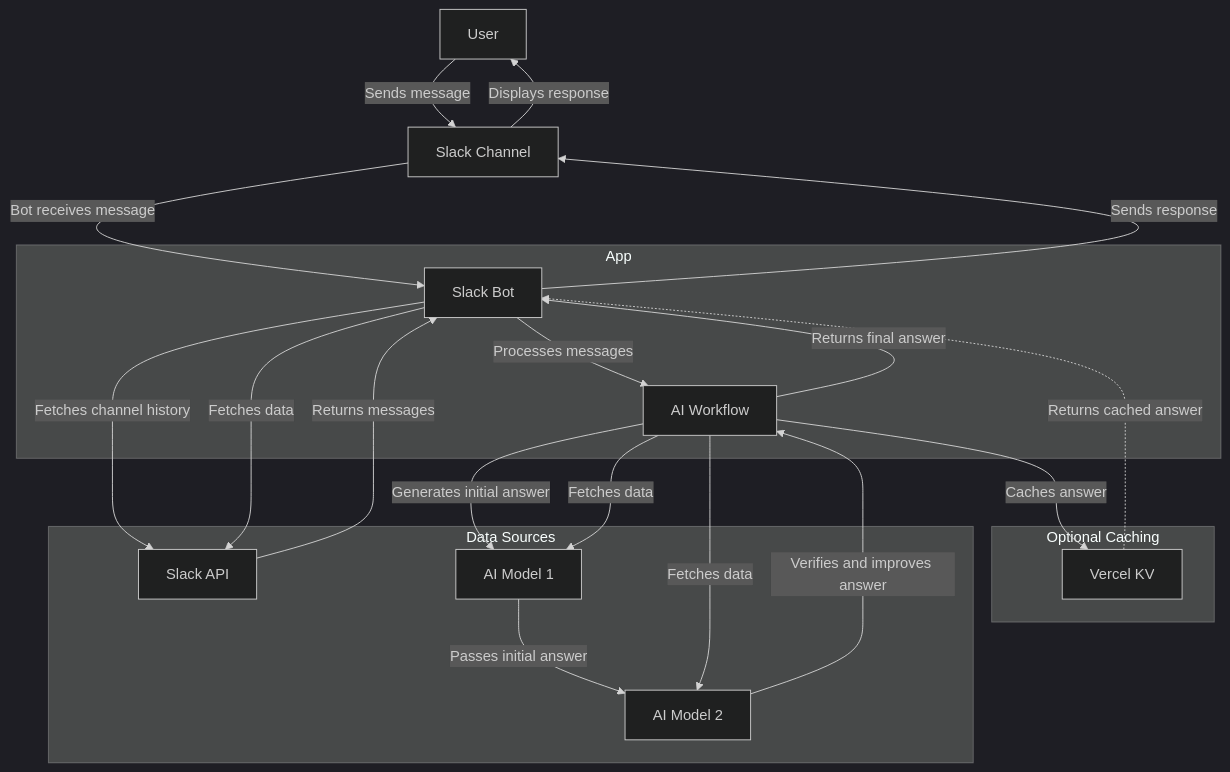
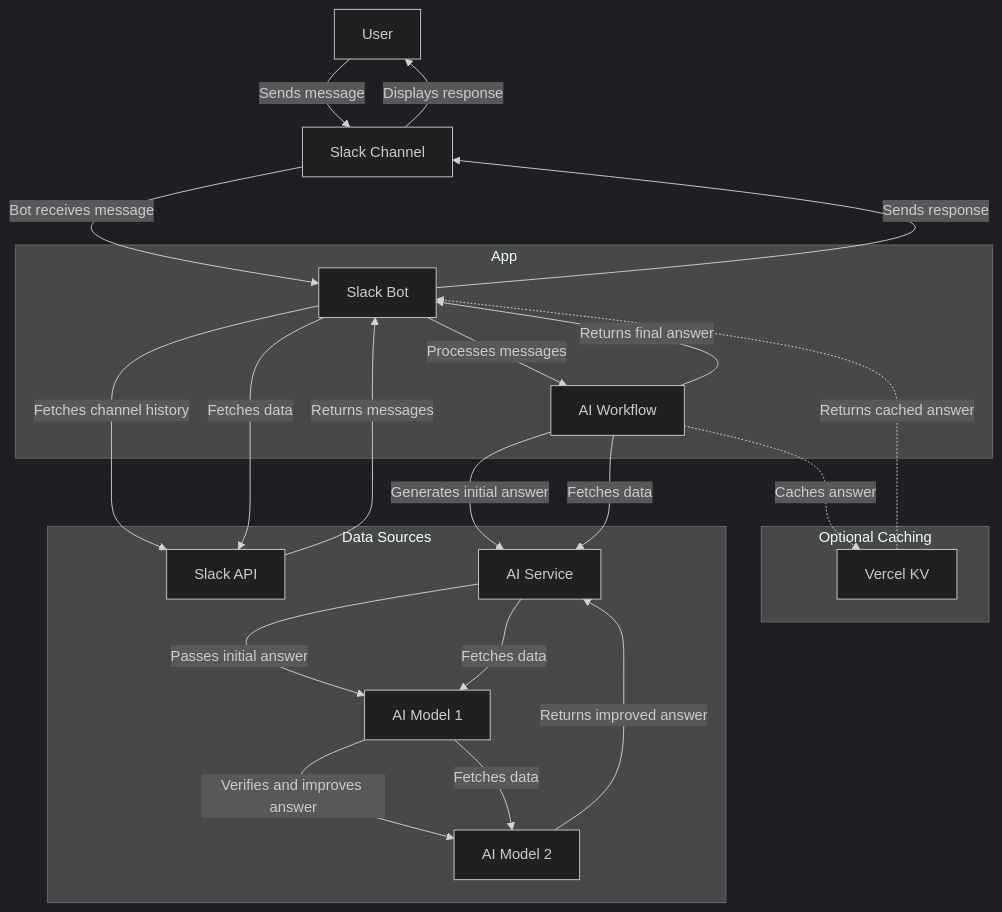
One commit to davilima6/support-bot changed the diagram in README.md. Above: the diagram before and after it, drawn with Mermaid (dark theme). The commit also changed other lines of this file and 7 other files, not shown here.

````diff
--- a/README.md
+++ b/README.md
@@ -15,27 +15,29 @@
 ```mermaid
 graph TD
     A["User"] -->|"Sends message"| B["Slack Channel"]
     B -->|"Bot receives message"| C["Slack Bot"]
     C -->|"Fetches channel history"| D["Slack API"]
     D -->|"Returns messages"| C
     C -->|"Processes messages"| E["AI Workflow"]
-    E -->|"Generates initial answer"| F["AI Model 1"]
-    F -->|"Passes initial answer"| G["AI Model 2"]
-    G -->|"Verifies and improves answer"| E
+    E -->|"Generates initial answer"| F["AI Service"]
+    F -->|"Passes initial answer"| G["AI Model 1"]
+    G -->|"Verifies and improves answer"| H["AI Model 2"]
+    H -->|"Returns improved answer"| F
     subgraph App
         C
         E
     end
     subgraph Optional Caching
-        E -->|"Caches answer"| H["Vercel KV"]
-        H -.->|"Returns cached answer"| C
+        E -.->|"Caches answer"| I["Vercel KV"]
+        I -.->|"Returns cached answer"| C
     end
     E -->|"Returns final answer"| C
     C -->|"Sends response"| B
     B -->|"Displays response"| A
     subgraph Data Sources
         C -->|"Fetches data"| D
         E -->|"Fetches data"| F
-        E -->|"Fetches data"| G
+        F -->|"Fetches data"| G
+        G -->|"Fetches data"| H
     end
 ```
````
